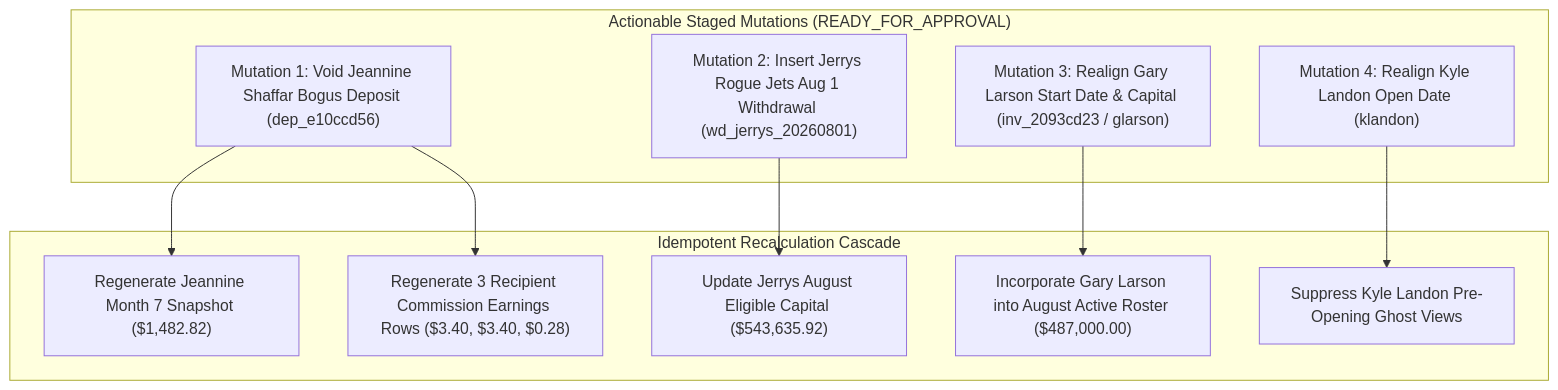
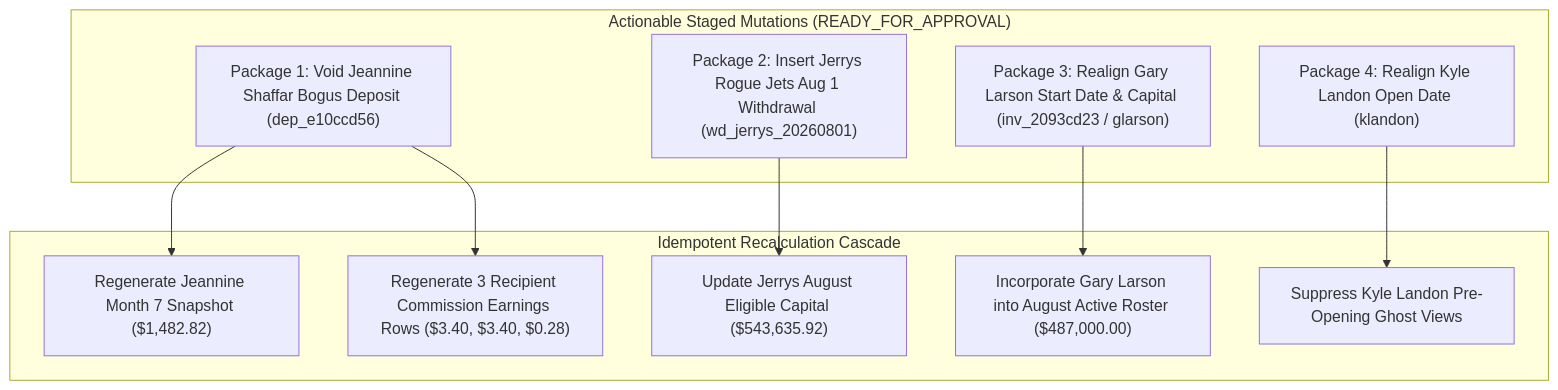
Before and after one commit to joshuastout13-ctrl/ForexPage: the diagram in docs/FINANCIAL_CORRECTION_DRAFT_MANIFEST.md, drawn with Mermaid. The commit also changed other lines of this file and 1 other file, not shown here.

````diff
--- a/docs/FINANCIAL_CORRECTION_DRAFT_MANIFEST.md
+++ b/docs/FINANCIAL_CORRECTION_DRAFT_MANIFEST.md
@@ -19,17 +19,17 @@
 ```mermaid
 graph TD
     subgraph Staged_Mutations["Actionable Staged Mutations (READY_FOR_APPROVAL)"]
-        M1["Mutation 1: Void Jeannine Shaffar Bogus Deposit (dep_e10ccd56)"]
-        M2["Mutation 2: Insert Jerrys Rogue Jets Aug 1 Withdrawal (wd_jerrys_20260801)"]
-        M3["Mutation 3: Realign Gary Larson Start Date & Capital (inv_2093cd23 / glarson)"]
-        M4["Mutation 4: Realign Kyle Landon Open Date (klandon)"]
+        M1["Package 1: Void Jeannine Shaffar Bogus Deposit (dep_e10ccd56)"]
+        M2["Package 2: Insert Jerrys Rogue Jets Aug 1 Withdrawal (wd_jerrys_20260801)"]
+        M3["Package 3: Realign Gary Larson Start Date & Capital (inv_2093cd23 / glarson)"]
+        M4["Package 4: Realign Kyle Landon Open Date (klandon)"]
     end
 
     subgraph Recalculation_Pipeline["Idempotent Recalculation Cascade"]
         M1 --> R1["Regenerate Jeannine Month 7 Snapshot ($1,482.82)"]
         M1 --> R2["Regenerate 3 Recipient Commission Earnings Rows ($3.40, $3.40, $0.28)"]
         M2 --> R3["Update Jerrys August Eligible Capital ($543,635.92)"]
         M3 --> R4["Incorporate Gary Larson into August Active Roster ($487,000.00)"]
         M4 --> R5["Suppress Kyle Landon Pre-Opening Ghost Views"]
     end
 ```
````
